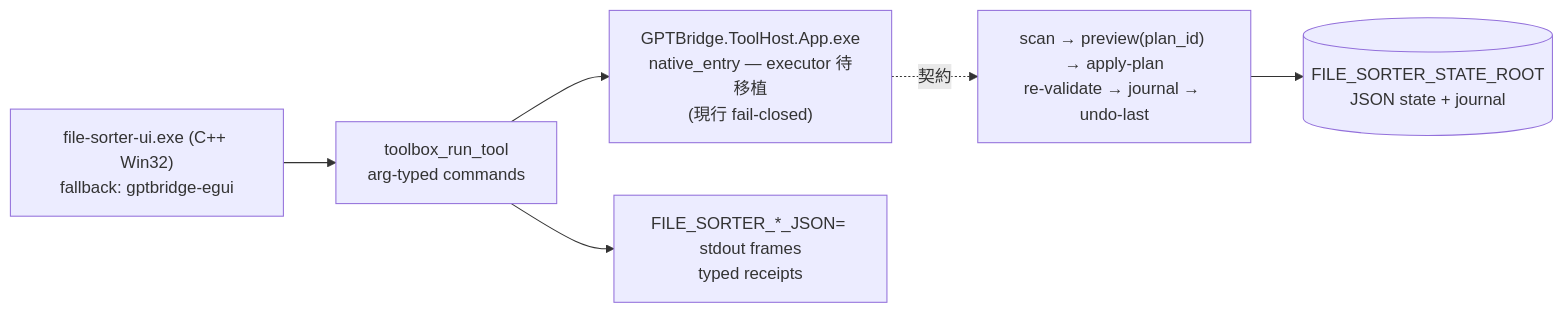
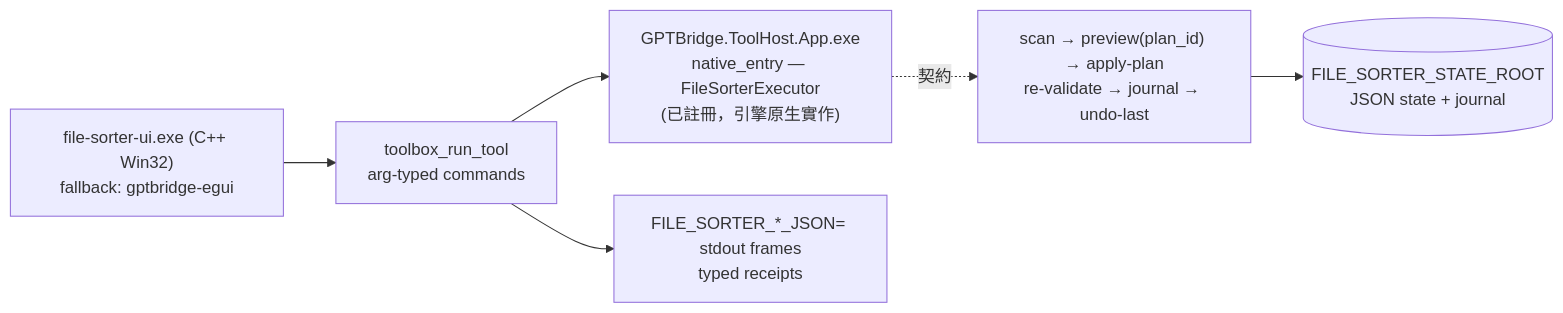
One commit to guilty442-source/GPTBridge changed the diagram in governance_rule/codex/architecture-tool-file-sorter.md. Above: the diagram before and after it, drawn with Mermaid. The commit also changed other lines of this file and 21 other files, not shown here.

````diff
--- a/governance_rule/codex/architecture-tool-file-sorter.md
+++ b/governance_rule/codex/architecture-tool-file-sorter.md
@@ -3,8 +3,8 @@
 ```mermaid
 flowchart LR
   UI["file-sorter-ui.exe (C++ Win32)<br/>fallback: gptbridge-egui"] --> REQ["toolbox_run_tool<br/>arg-typed commands"]
-  REQ --> HOST["GPTBridge.ToolHost.App.exe<br/>native_entry — executor 待移植<br/>(現行 fail-closed)"]
+  REQ --> HOST["GPTBridge.ToolHost.App.exe<br/>native_entry — FileSorterExecutor<br/>(已註冊，引擎原生實作)"]
   HOST -.契約.-> PIPE["scan → preview(plan_id) → apply-plan<br/>re-validate → journal → undo-last"]
   PIPE --> STATE[("FILE_SORTER_STATE_ROOT<br/>JSON state + journal")]
   REQ --> RECEIPT["FILE_SORTER_*_JSON= stdout frames<br/>typed receipts"]
 ```
````
